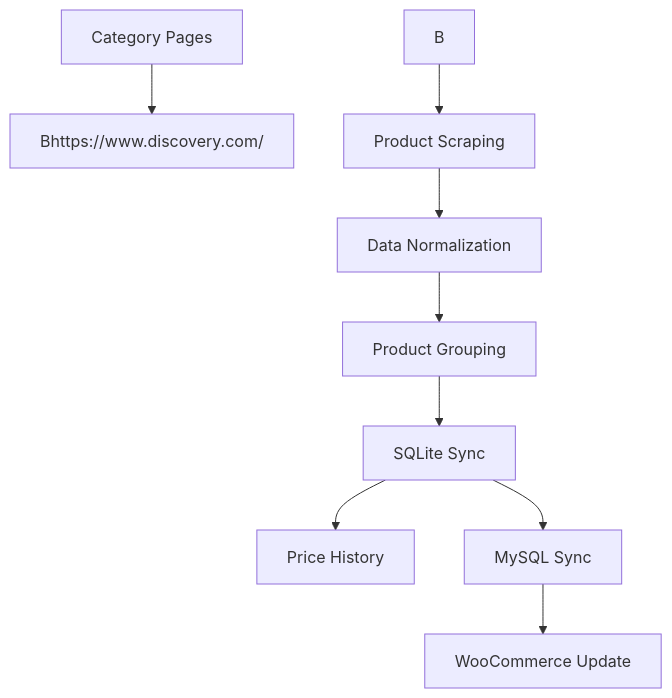
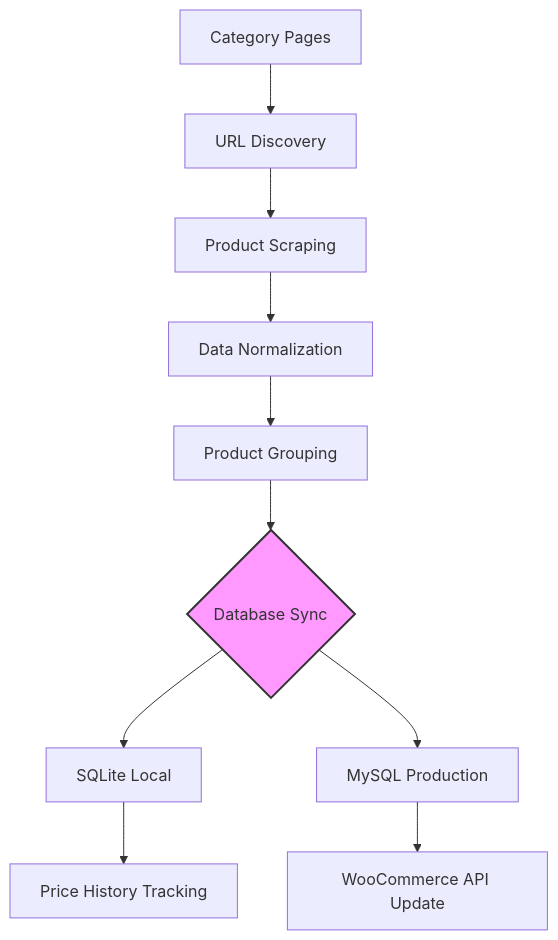
Before and after one commit to kalanpan/Data-Pipeline: the diagram in README.md, drawn with Mermaid. The commit also changed other lines of this file, not shown here.

````diff
--- a/README.md
+++ b/README.md
@@ -53,11 +53,14 @@
 ```mermaid
 graph TD
-    A[Category Pages] --> Bhttps://www.discovery.com/
+    A[Category Pages] --> B[URL Discovery]
     B --> C[Product Scraping]
     C --> D[Data Normalization]
     D --> E[Product Grouping]
-    E --> F[SQLite Sync]
-    F --> G[Price History]
-    F --> H[MySQL Sync]
-    H --> I[WooCommerce Update]
+    E --> F{Database Sync}
+    F --> G[SQLite Local]
+    F --> H[MySQL Production]
+    G --> I[Price History Tracking]
+    H --> J[WooCommerce API Update]
+    
+    style F fill:#f9f,stroke:#333,stroke-width:2px
 ```
````
